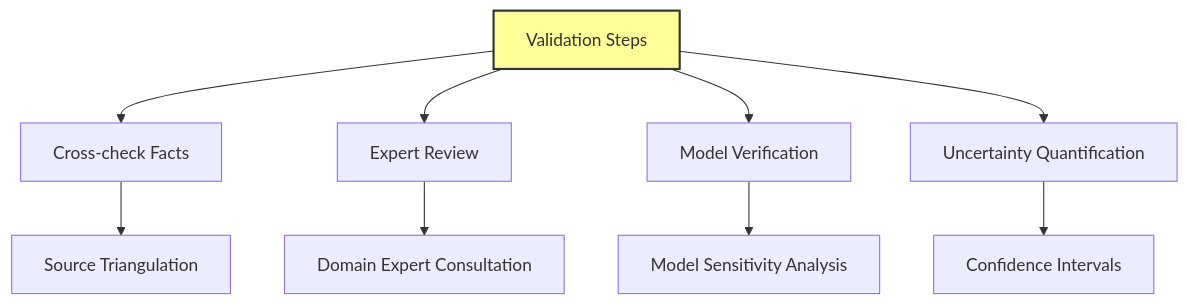
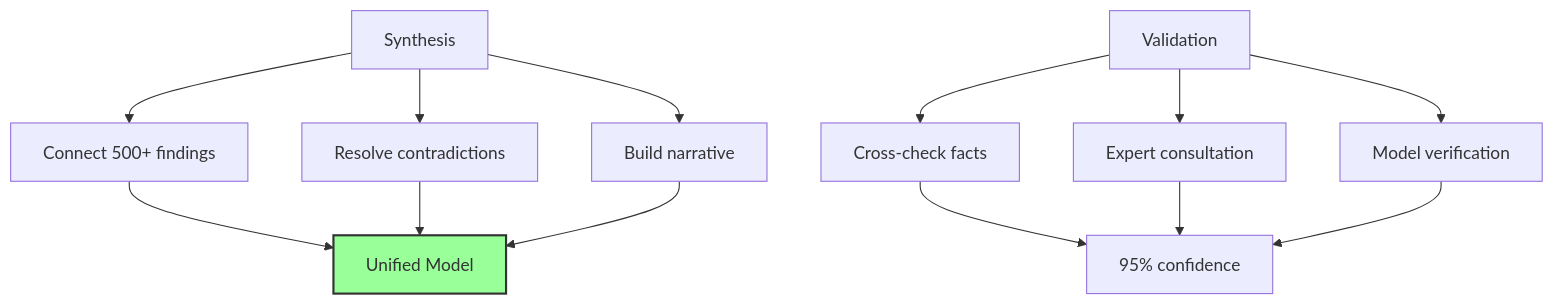
One commit to nikspatel007/workshop-agents changed the fifth of 7 diagrams in reading_materials/DEEP_RESEARCH_AGENT_THOUGHT_EXPERIMENT.md. Above: the diagram before and after it, drawn with Mermaid. The commit also changed other lines of this file, not shown here.

````diff
--- a/reading_materials/DEEP_RESEARCH_AGENT_THOUGHT_EXPERIMENT.md
+++ b/reading_materials/DEEP_RESEARCH_AGENT_THOUGHT_EXPERIMENT.md
@@ -326,14 +138,20 @@
 ```mermaid
 graph TD
-    A[Validation Steps] --> B[Cross-check Facts]
-    A --> C[Expert Review]
-    A --> D[Model Verification]
-    A --> E[Uncertainty Quantification]
+    A[Synthesis] --> B[Connect 500+ findings]
+    A --> C[Resolve contradictions]
+    A --> D[Build narrative]
     
-    B --> F[Source Triangulation]
-    C --> G[Domain Expert Consultation]
-    D --> H[Model Sensitivity Analysis]
-    E --> I[Confidence Intervals]
+    E[Validation] --> F[Cross-check facts]
+    E --> G[Expert consultation]
+    E --> H[Model verification]
     
-    style A fill:#ff9,stroke:#333,stroke-width:2px
+    B --> I[Unified Model]
+    C --> I
+    D --> I
+    
+    F --> J[95% confidence]
+    G --> J
+    H --> J
+    
+    style I fill:#9f9,stroke:#333,stroke-width:2px
 ```
````
